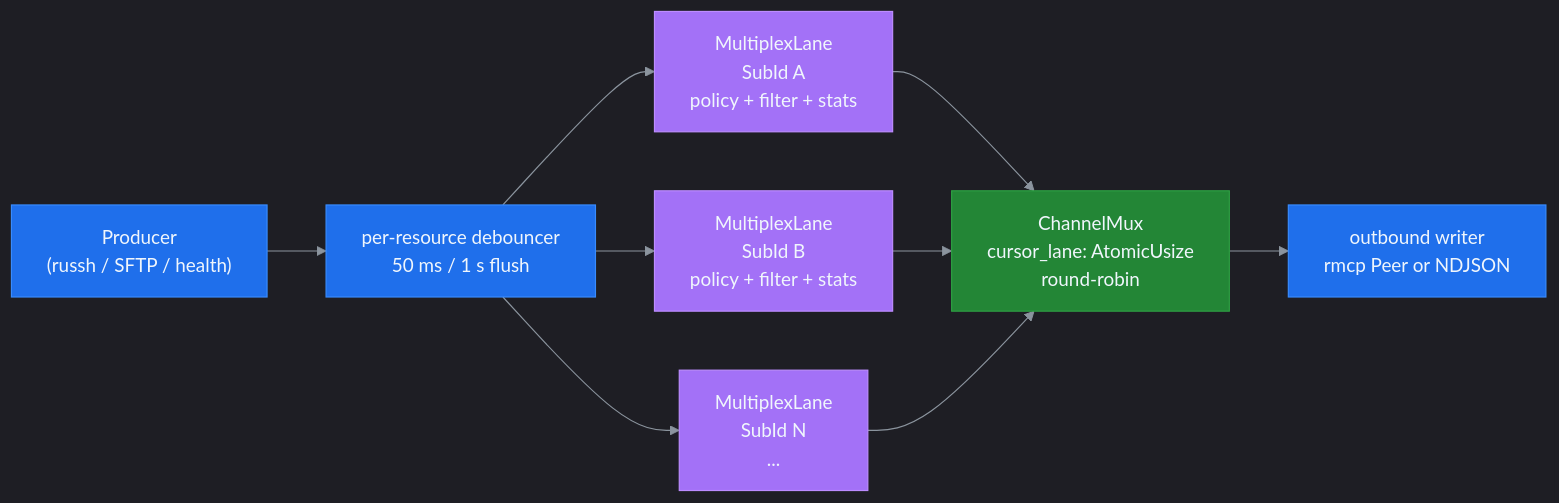
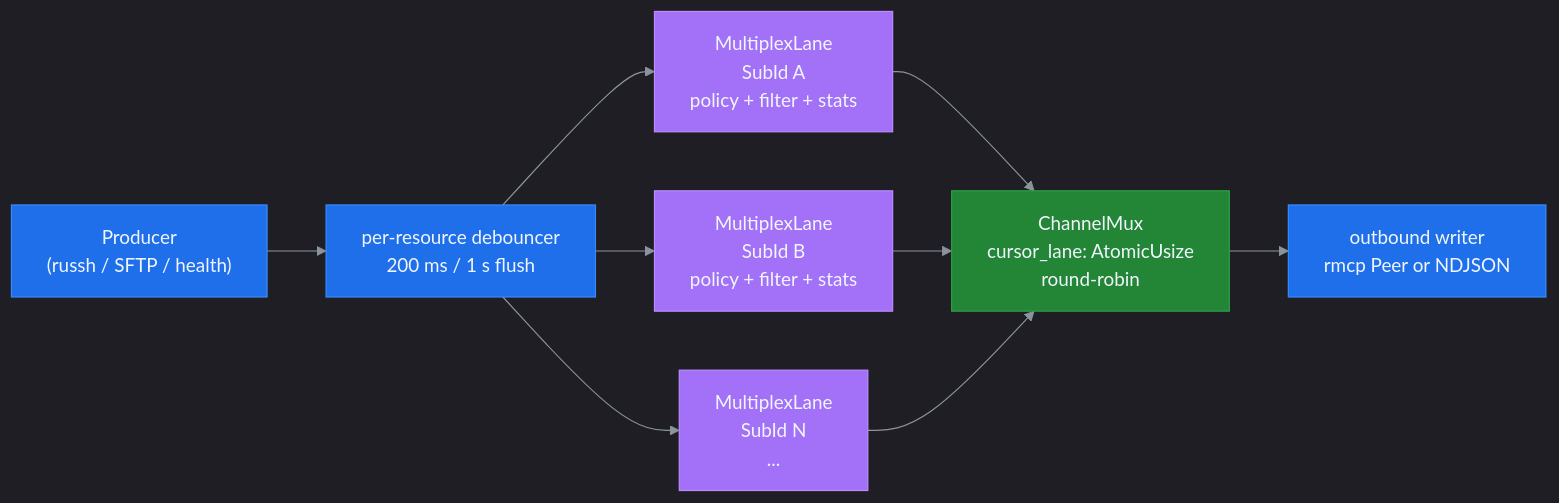
The third of 3 diagrams in CLAUDE.md (farchanjo/ssh-mcp), drawn with Mermaid before and after one commit. The commit also changed other lines of this file and 12 other files, not shown here.

````diff
--- a/CLAUDE.md
+++ b/CLAUDE.md
@@ -126,28 +126,28 @@
 ```mermaid
 %%{init: {'theme':'dark','themeVariables':{'primaryColor':'#1f6feb','primaryTextColor':'#f0f6fc','primaryBorderColor':'#388bfd','lineColor':'#8b949e','secondaryColor':'#161b22','tertiaryColor':'#21262d','background':'#0d1117','mainBkg':'#161b22','secondBkg':'#21262d','tertiaryBkg':'#0d1117','nodeTextColor':'#f0f6fc','edgeLabelBackground':'#21262d','clusterBkg':'#161b22','clusterBorder':'#30363d','titleColor':'#f0f6fc'}}}%%
 flowchart LR
     Producer["Producer<br/>(russh / SFTP / health)"]
-    Debouncer["per-resource debouncer<br/>50 ms / 1 s flush"]
+    Debouncer["per-resource debouncer<br/>200 ms / 1 s flush"]
     LaneA["MultiplexLane<br/>SubId A<br/>policy + filter + stats"]
     LaneB["MultiplexLane<br/>SubId B<br/>policy + filter + stats"]
     LaneN["MultiplexLane<br/>SubId N<br/>..."]
     Mux["ChannelMux<br/>cursor_lane: AtomicUsize<br/>round-robin"]
     Out["outbound writer<br/>rmcp Peer or NDJSON"]
 
     Producer --> Debouncer
     Debouncer --> LaneA
     Debouncer --> LaneB
     Debouncer --> LaneN
     LaneA --> Mux
     LaneB --> Mux
     LaneN --> Mux
     Mux --> Out
 
     style Producer fill:#1f6feb,color:#f0f6fc,stroke:#388bfd
     style Debouncer fill:#1f6feb,color:#f0f6fc,stroke:#388bfd
     style LaneA fill:#a371f7,color:#f0f6fc,stroke:#bc8cff
     style LaneB fill:#a371f7,color:#f0f6fc,stroke:#bc8cff
     style LaneN fill:#a371f7,color:#f0f6fc,stroke:#bc8cff
     style Mux fill:#238636,color:#f0f6fc,stroke:#2ea043
     style Out fill:#1f6feb,color:#f0f6fc,stroke:#388bfd
 ```
````
